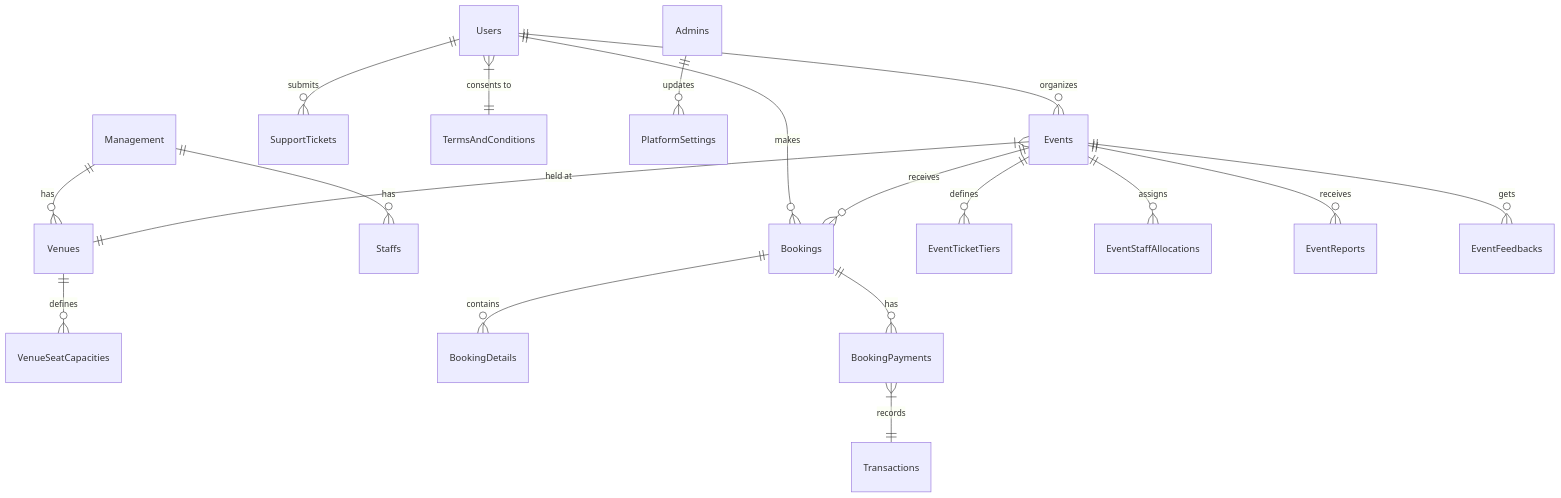
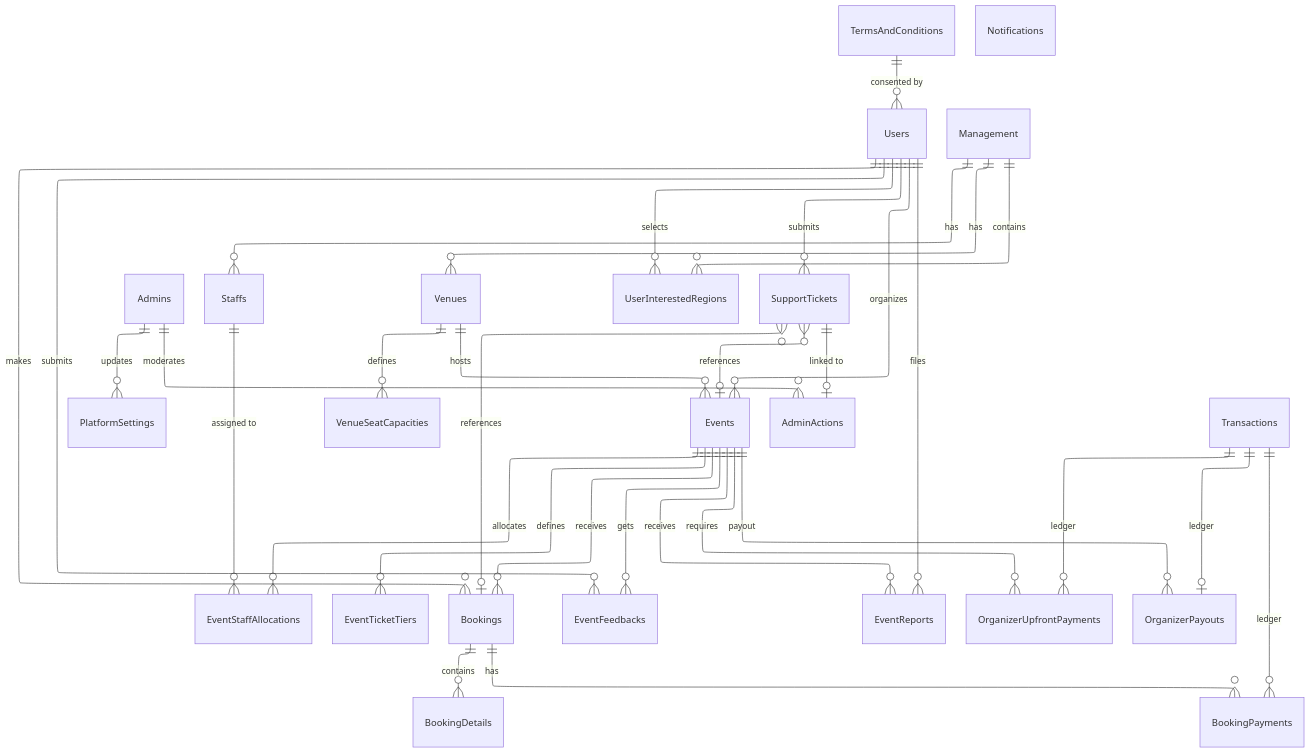
The diagram in event-management/README.md (KeerthiKeswaran/genspark-training), drawn with Mermaid before and after one commit. The commit also changed other lines of this file and 96 other files, not shown here.

````diff
--- a/event-management/README.md
+++ b/event-management/README.md
@@ -32,20 +32,55 @@
 ```mermaid
+---
+config:
+  layout: elk
+---
 erDiagram
-    Users ||--o{ Bookings : "makes"
-    Users ||--o{ Events : "organizes"
-    Users ||--o{ SupportTickets : "submits"
-    Users }|--|| TermsAndConditions : "consents to"
+    %% Lookup / Configuration Setup
     Admins ||--o{ PlatformSettings : "updates"
+    TermsAndConditions ||--o{ Users : "consented by"
+
+    %% Regional Management
     Management ||--o{ Staffs : "has"
     Management ||--o{ Venues : "has"
     Venues ||--o{ VenueSeatCapacities : "defines"
-    Events }|--|| Venues : "held at"
+    Management ||--o{ UserInterestedRegions : "contains"
+    Users ||--o{ UserInterestedRegions : "selects"
+
+    %% Staff Allocations
+    Staffs ||--o{ EventStaffAllocations : "assigned to"
+    Events ||--o{ EventStaffAllocations : "allocates"
+
+    %% Users, Events, Bookings (Core Triangle)
+    Users ||--o{ Events : "organizes"
+    Venues ||--o{ Events : "hosts"
     Events ||--o{ EventTicketTiers : "defines"
-    Events ||--o{ EventStaffAllocations : "assigns"
+
+    Users ||--o{ Bookings : "makes"
     Events ||--o{ Bookings : "receives"
     Bookings ||--o{ BookingDetails : "contains"
+
+    %% Feedback, Reports, and Support
+    Events ||--o{ EventFeedbacks : "gets"
+    Users ||--o{ EventFeedbacks : "submits"
+    Events ||--o{ EventReports : "receives"
+    Users ||--o{ EventReports : "files"
+
+    %% Support & Admin Actions
+    Users ||--o{ SupportTickets : "submits"
+    SupportTickets }o--o| Bookings : "references"
+    SupportTickets }o--o| Events : "references"
+    Admins ||--o{ AdminActions : "moderates"
+    SupportTickets ||--o| AdminActions : "linked to"
+
+    %% Financial Transactions & Audit Ledger
     Bookings ||--o{ BookingPayments : "has"
-    BookingPayments }|--|| Transactions : "records"
-    Events ||--o{ EventReports : "receives"
-    Events ||--o{ EventFeedbacks : "gets"
+    Events ||--o{ OrganizerUpfrontPayments : "requires"
+    Events ||--o{ OrganizerPayouts : "payout"
+    
+    Transactions ||--o{ BookingPayments : "ledger"
+    Transactions ||--o{ OrganizerUpfrontPayments : "ledger"
+    Transactions ||--o| OrganizerPayouts : "ledger"
+
+    %% Independent
+    Notifications
 ```
````
